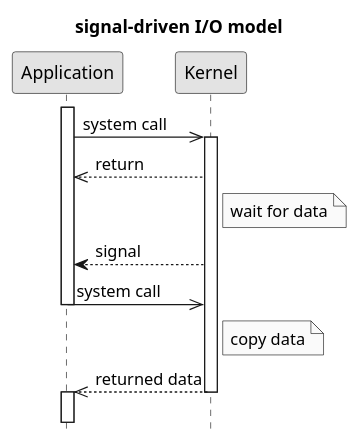
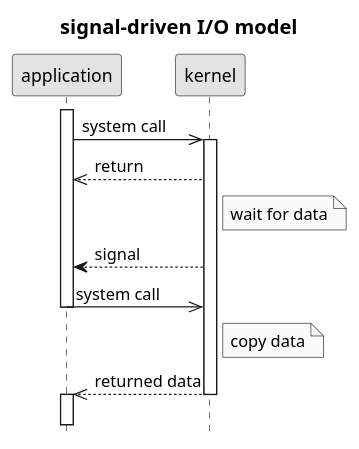
The diagram in .images/signal-driven IO model.puml (c0p4c4b4n4/demo-sockets-io-nio-nio2), drawn with PlantUML before and after one commit. The commit also changed 4 other files, not shown here.

```diff
--- a/.images/signal-driven IO model.puml
+++ b/.images/signal-driven IO model.puml
@@ -1,18 +1,19 @@
 @startuml
 title signal-driven I/O model
 hide footbox
 skinparam monochrome true
-activate Application
-Application->>Kernel: system call
-activate Kernel
-Kernel-->>Application: return
-Note right of Kernel: wait for data
-Kernel-->Application: signal
-Application->>Kernel: system call
-deactivate Application
-Note right of Kernel: copy data
-Kernel-->>Application: returned data
-deactivate Kernel
-activate Application
+skinparam titleFontSize 16
+activate application
+application->>kernel: system call
+activate kernel
+kernel-->>application: return
+Note right of kernel: wait for data
+kernel-->application: signal
+application->>kernel: system call
+deactivate application
+Note right of kernel: copy data
+kernel-->>application: returned data
+deactivate kernel
+activate application
 ||15||
 @enduml
```
